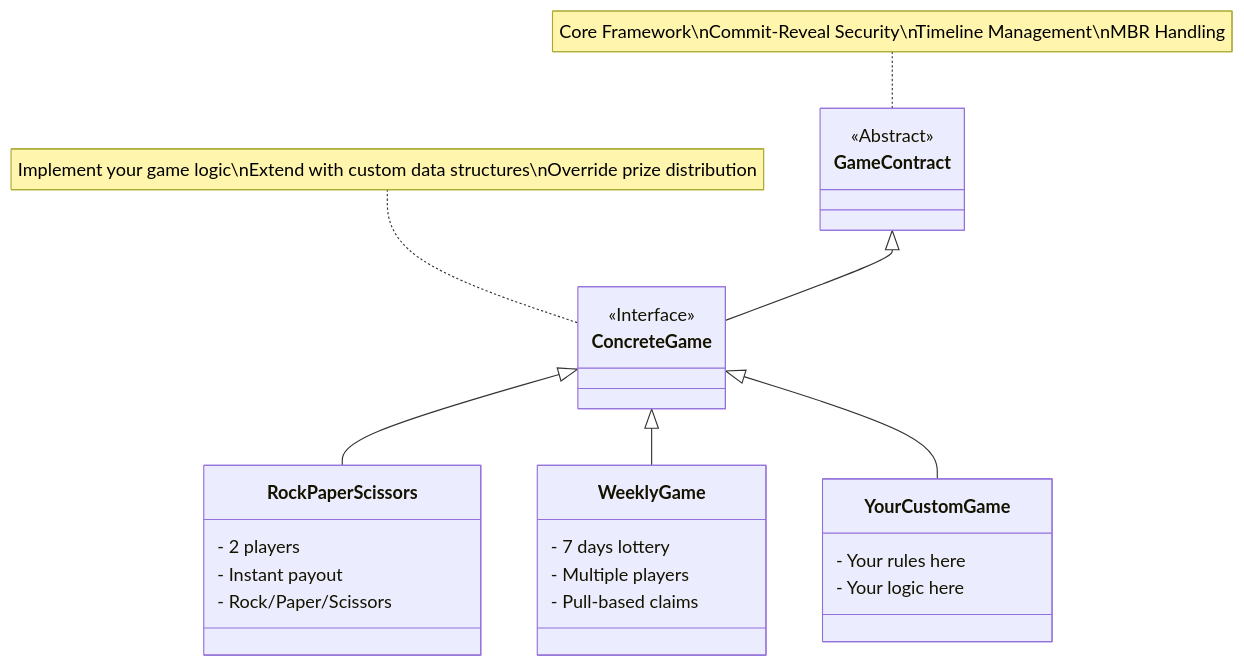
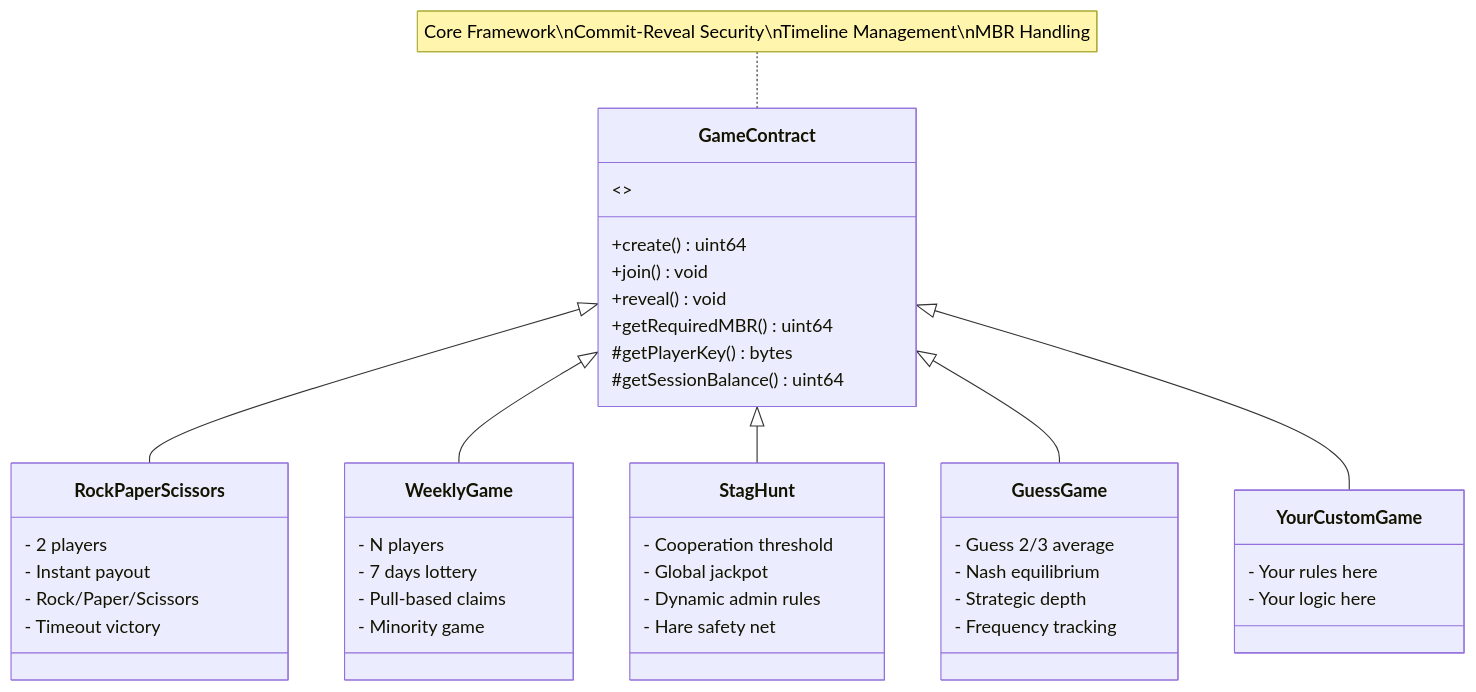
Before and after one commit to BeLorenzo/Game4Blockchain: the diagram in projects/gameContract/README.md, drawn with Mermaid. The commit also changed other lines of this file and 12 other files, not shown here.

````diff
--- a/projects/gameContract/README.md
+++ b/projects/gameContract/README.md
@@ -33,35 +35,53 @@
 ```mermaid
 classDiagram
     class GameContract {
-        <<Abstract>>
-    }
-
-    class ConcreteGame {
-        <<Interface>>
+        <>
+        +create() uint64
+        +join() void
+        +reveal() void
+        +getRequiredMBR() uint64
+        #getPlayerKey() bytes
+        #getSessionBalance() uint64
     }
 
     class RockPaperScissors {
         - 2 players
         - Instant payout
         - Rock/Paper/Scissors
+        - Timeout victory
     }
 
     class WeeklyGame {
+        - N players
         - 7 days lottery
-        - Multiple players
         - Pull-based claims
+        - Minority game
+    }
+
+    class StagHunt {
+        - Cooperation threshold
+        - Global jackpot
+        - Dynamic admin rules
+        - Hare safety net
+    }
+
+    class GuessGame {
+        - Guess 2/3 average
+        - Nash equilibrium
+        - Strategic depth
+        - Frequency tracking
     }
 
     class YourCustomGame {
         - Your rules here
         - Your logic here
     }
 
-    GameContract <|-- ConcreteGame
-    ConcreteGame <|-- RockPaperScissors
-    ConcreteGame <|-- WeeklyGame
-    ConcreteGame <|-- YourCustomGame
+    GameContract <|-- RockPaperScissors
+    GameContract <|-- WeeklyGame
+    GameContract <|-- StagHunt
+    GameContract <|-- GuessGame
+    GameContract <|-- YourCustomGame
 
     note for GameContract "Core Framework\nCommit-Reveal Security\nTimeline Management\nMBR Handling"
-    note for ConcreteGame "Implement your game logic\nExtend with custom data structures\nOverride prize distribution"
 ```
````
